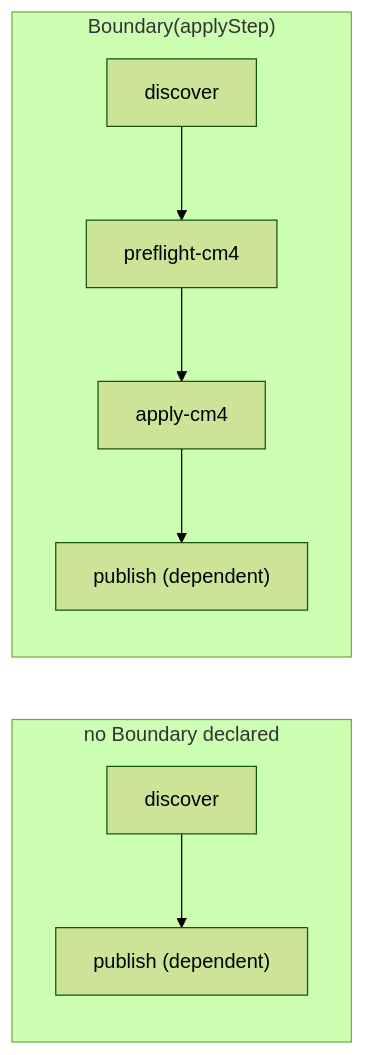
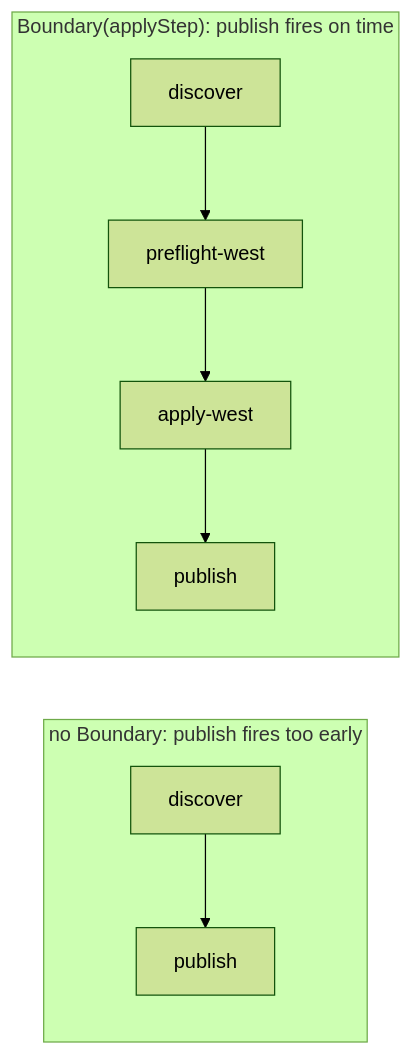
Before and after one commit to xavidop/senro: the second of 2 diagrams in site/src/pages/docs/monorepo/generators.md, drawn with Mermaid (forest theme). The commit also changed other lines of this file and 85 other files, not shown here.

````diff
--- a/site/src/pages/docs/monorepo/generators.md
+++ b/site/src/pages/docs/monorepo/generators.md
@@ -81,12 +118,12 @@
 ```mermaid
 flowchart LR
-    subgraph noBoundary["no Boundary declared"]
+    subgraph noBoundary["no Boundary: publish fires too early"]
         direction TB
-        d1["discover"] --> dep1["publish (dependent)"]
+        d1["discover"] --> dep1["publish"]
     end
-    subgraph withBoundary["Boundary(applyStep)"]
+    subgraph withBoundary["Boundary(applyStep): publish fires on time"]
         direction TB
-        d2["discover"] --> pre["preflight-cm4"] --> ap["apply-cm4"]
-        ap --> dep2["publish (dependent)"]
+        d2["discover"] --> pre["preflight-west"] --> ap["apply-west"]
+        ap --> dep2["publish"]
     end
 ```
````
